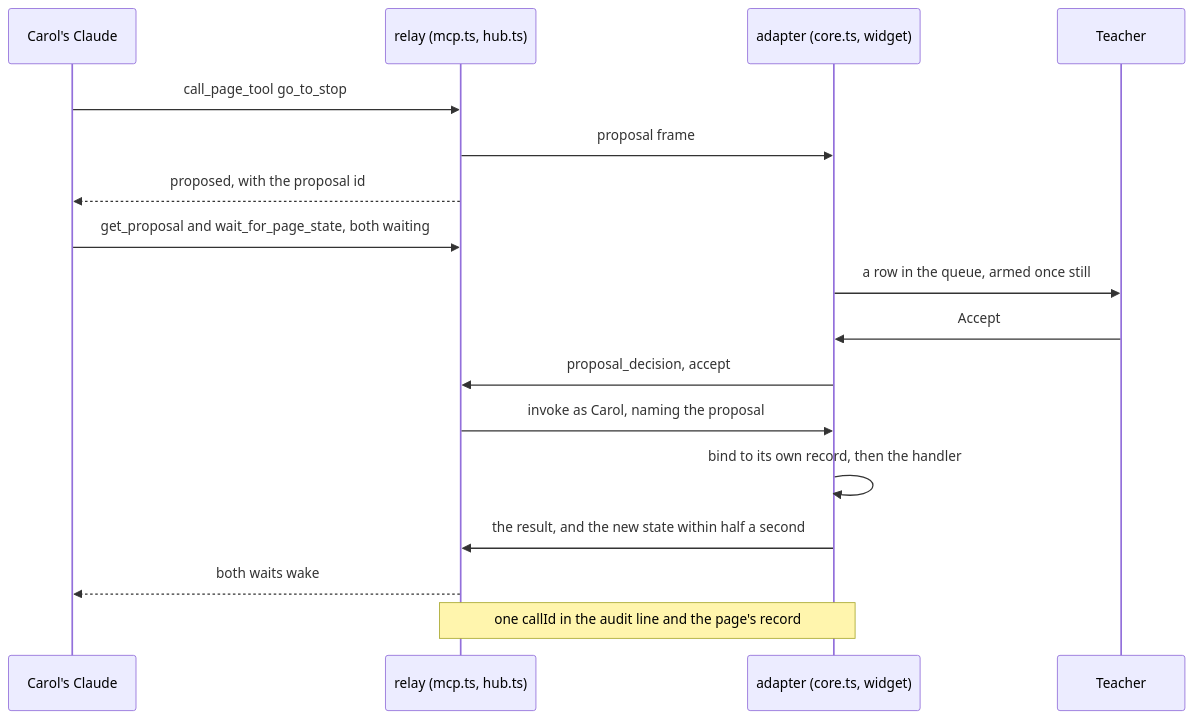
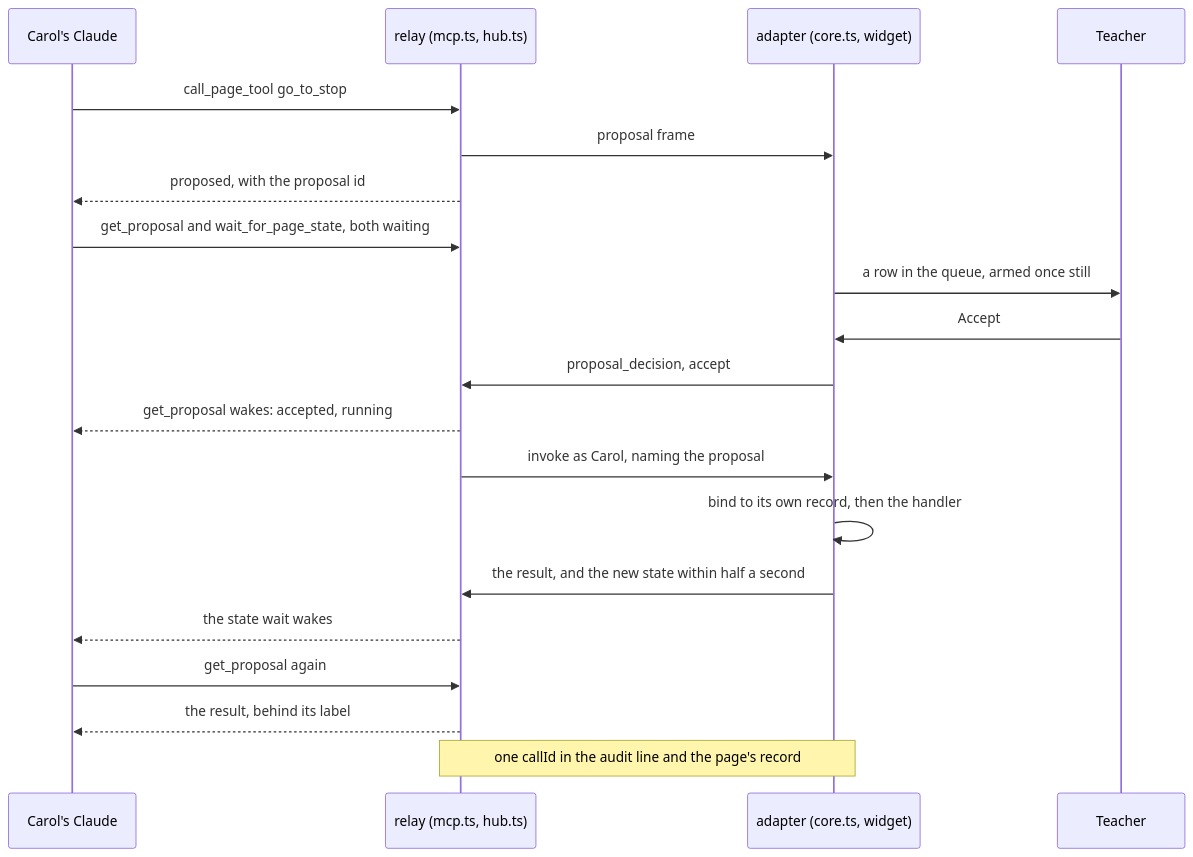
The diagram in docs/tour/06-classroom.md (PaulMRamirez/tabdock), drawn with Mermaid before and after one commit. The commit also changed other lines of this file and 102 other files, not shown here.

````diff
--- a/docs/tour/06-classroom.md
+++ b/docs/tour/06-classroom.md
@@ -9,19 +11,22 @@
 ```mermaid
 sequenceDiagram
   participant C as Carol's Claude
   participant R as relay (mcp.ts, hub.ts)
   participant A as adapter (core.ts, widget)
   participant T as Teacher
   C->>R: call_page_tool go_to_stop
   R->>A: proposal frame
   R-->>C: proposed, with the proposal id
   C->>R: get_proposal and wait_for_page_state, both waiting
   A->>T: a row in the queue, armed once still
   T->>A: Accept
   A->>R: proposal_decision, accept
+  R-->>C: get_proposal wakes: accepted, running
   R->>A: invoke as Carol, naming the proposal
   A->>A: bind to its own record, then the handler
   A->>R: the result, and the new state within half a second
-  R-->>C: both waits wake
+  R-->>C: the state wait wakes
+  C->>R: get_proposal again
+  R-->>C: the result, behind its label
   Note over R,A: one callId in the audit line and the page's record
 ```
````
